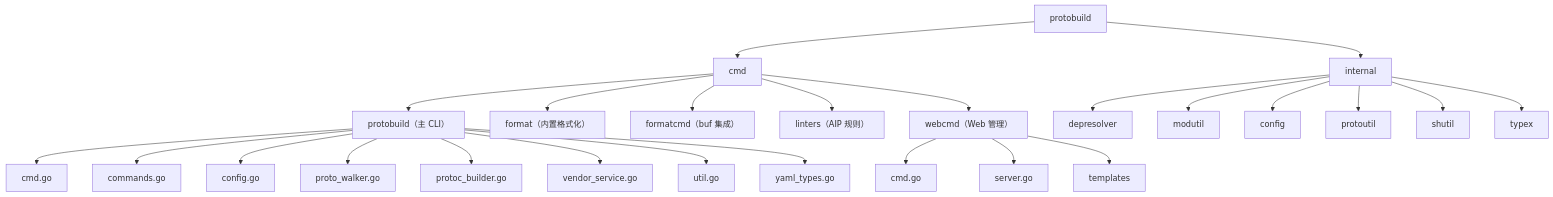
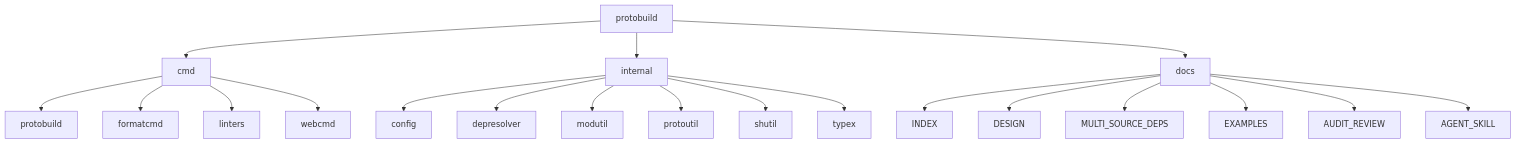
One commit to pubgo/protobuild changed the fourth of 4 diagrams in README.md. Above: the diagram before and after it, drawn with Mermaid. The commit also changed other lines of this file and 8 other files, not shown here.

````diff
--- a/README.md
+++ b/README.md
@@ -429,33 +123,26 @@
 ```mermaid
 flowchart TD
   ROOT[protobuild]
-
   ROOT --> CMD[cmd]
   ROOT --> INTERNAL[internal]
+  ROOT --> DOCS[docs]
 
-  CMD --> CMDPB[protobuild（主 CLI）]
-  CMD --> CMDFMT[format（内置格式化）]
-  CMD --> CMDFMTCMD[formatcmd（buf 集成）]
-  CMD --> CMDLINT[linters（AIP 规则）]
-  CMD --> CMDWEB[webcmd（Web 管理）]
+  CMD --> P1[protobuild]
+  CMD --> P2[formatcmd]
+  CMD --> P3[linters]
+  CMD --> P4[webcmd]
 
-  CMDPB --> F1[cmd.go]
-  CMDPB --> F2[commands.go]
-  CMDPB --> F3[config.go]
-  CMDPB --> F4[proto_walker.go]
-  CMDPB --> F5[protoc_builder.go]
-  CMDPB --> F6[vendor_service.go]
-  CMDPB --> F7[util.go]
-  CMDPB --> F8[yaml_types.go]
-
-  CMDWEB --> W1[cmd.go]
-  CMDWEB --> W2[server.go]
-  CMDWEB --> W3[templates]
-
-  INTERNAL --> I1[depresolver]
-  INTERNAL --> I2[modutil]
-  INTERNAL --> I3[config]
+  INTERNAL --> I1[config]
+  INTERNAL --> I2[depresolver]
+  INTERNAL --> I3[modutil]
   INTERNAL --> I4[protoutil]
   INTERNAL --> I5[shutil]
   INTERNAL --> I6[typex]
+
+  DOCS --> D1[INDEX]
+  DOCS --> D2[DESIGN]
+  DOCS --> D3[MULTI_SOURCE_DEPS]
+  DOCS --> D4[EXAMPLES]
+  DOCS --> D5[AUDIT_REVIEW]
+  DOCS --> D6[AGENT_SKILL]
 ```
````
